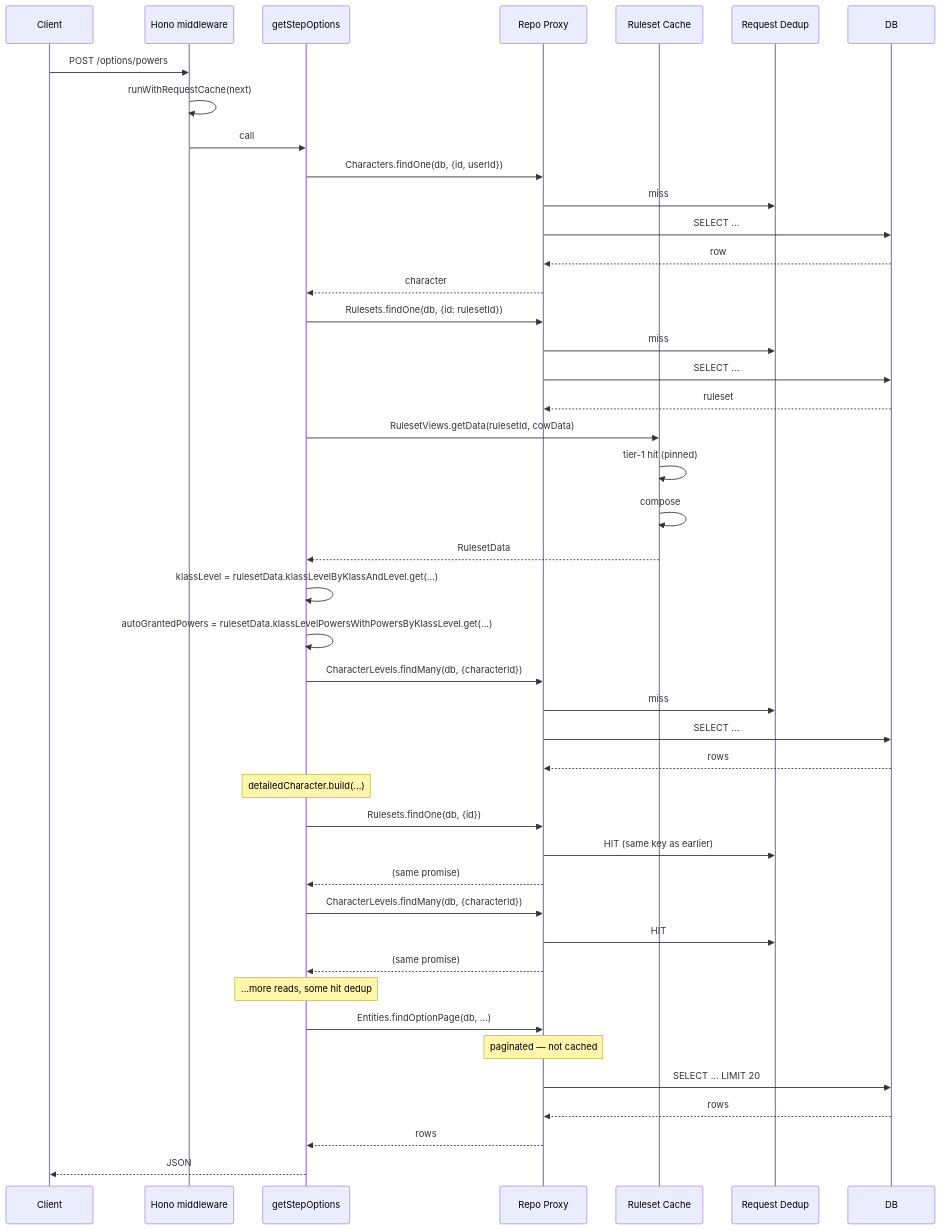
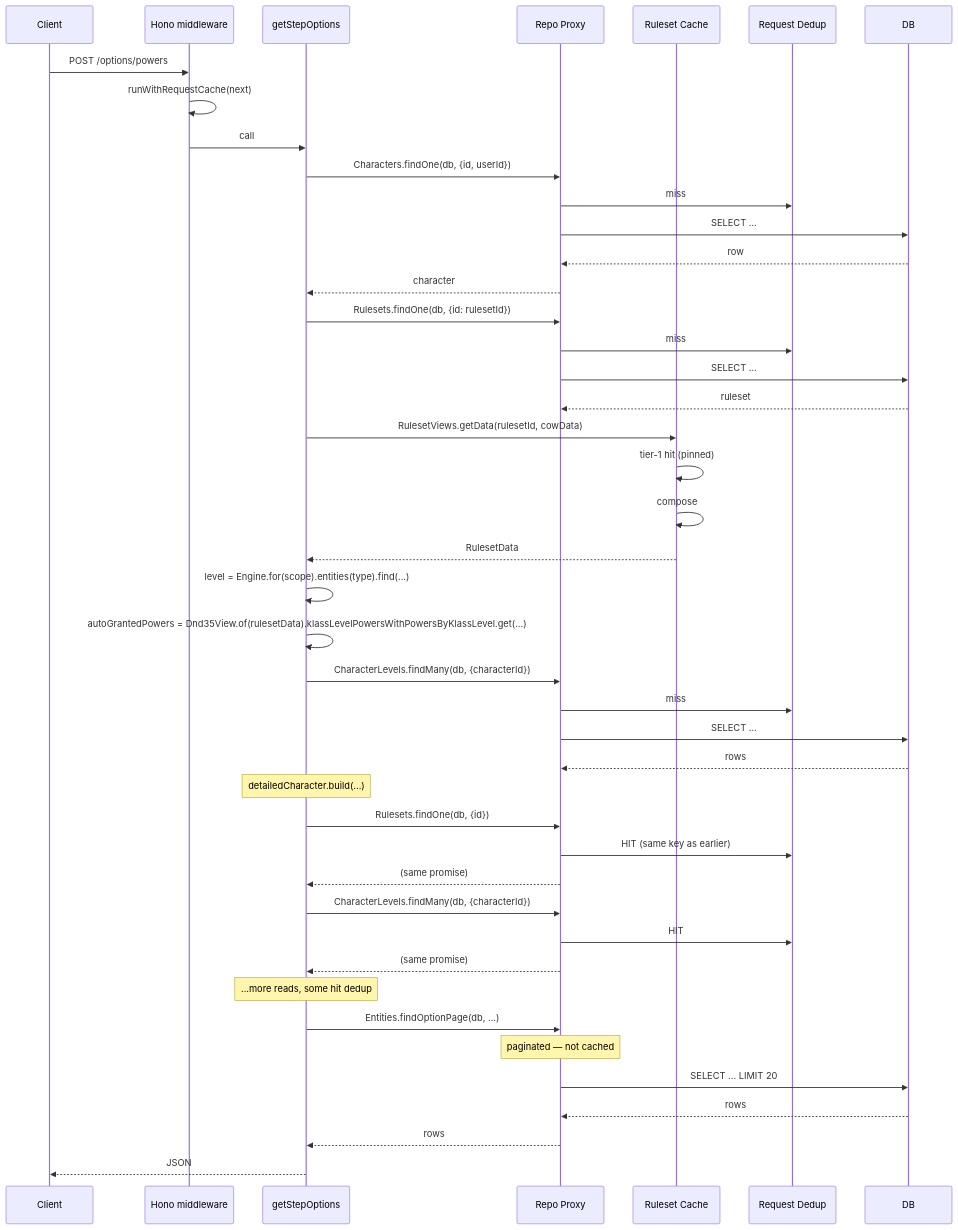
The seventh of 7 diagrams in docs/caching.md (PhilippeChab/arkyvree), drawn with Mermaid before and after one commit. The commit also changed other lines of this file and 139 other files, not shown here.

First line of the commit message:
Engine: the ruleset view reads entities by kind; 3.5's lists and indices are its module's (#94)

````diff
--- a/docs/caching.md
+++ b/docs/caching.md
@@ -394,55 +392,55 @@
 ```mermaid
 sequenceDiagram
     participant Client
     participant Middle as Hono middleware
     participant Svc as getStepOptions
     participant Repo as Repo Proxy
     participant RS as Ruleset Cache
     participant Dedup as Request Dedup
     participant DB
 
     Client->>Middle: POST /options/powers
     Middle->>Middle: runWithRequestCache(next)
     Middle->>Svc: call
     Svc->>Repo: Characters.findOne(db, {id, userId})
     Repo->>Dedup: miss
     Repo->>DB: SELECT ...
     DB-->>Repo: row
     Repo-->>Svc: character
 
     Svc->>Repo: Rulesets.findOne(db, {id: rulesetId})
     Repo->>Dedup: miss
     Repo->>DB: SELECT ...
     DB-->>Repo: ruleset
 
     Svc->>RS: RulesetViews.getData(rulesetId, cowData)
     RS->>RS: tier-1 hit (pinned)
     RS->>RS: compose
     RS-->>Svc: RulesetData
 
-    Svc->>Svc: klassLevel = rulesetData.klassLevelByKlassAndLevel.get(...)
-    Svc->>Svc: autoGrantedPowers = rulesetData.klassLevelPowersWithPowersByKlassLevel.get(...)
+    Svc->>Svc: level = Engine.for(scope).entities(type).find(...)
+    Svc->>Svc: autoGrantedPowers = Dnd35View.of(rulesetData).klassLevelPowersWithPowersByKlassLevel.get(...)
 
     Svc->>Repo: CharacterLevels.findMany(db, {characterId})
     Repo->>Dedup: miss
     Repo->>DB: SELECT ...
     DB-->>Repo: rows
 
     Note over Svc: detailedCharacter.build(...)
     Svc->>Repo: Rulesets.findOne(db, {id})
     Repo->>Dedup: HIT (same key as earlier)
     Repo-->>Svc: (same promise)
 
     Svc->>Repo: CharacterLevels.findMany(db, {characterId})
     Repo->>Dedup: HIT
     Repo-->>Svc: (same promise)
 
     Note over Svc: ...more reads, some hit dedup
 
     Svc->>Repo: Entities.findOptionPage(db, ...)
     Note over Repo: paginated — not cached
     Repo->>DB: SELECT ... LIMIT 20
     DB-->>Repo: rows
     Repo-->>Svc: rows
     Svc-->>Client: JSON
 ```
````
